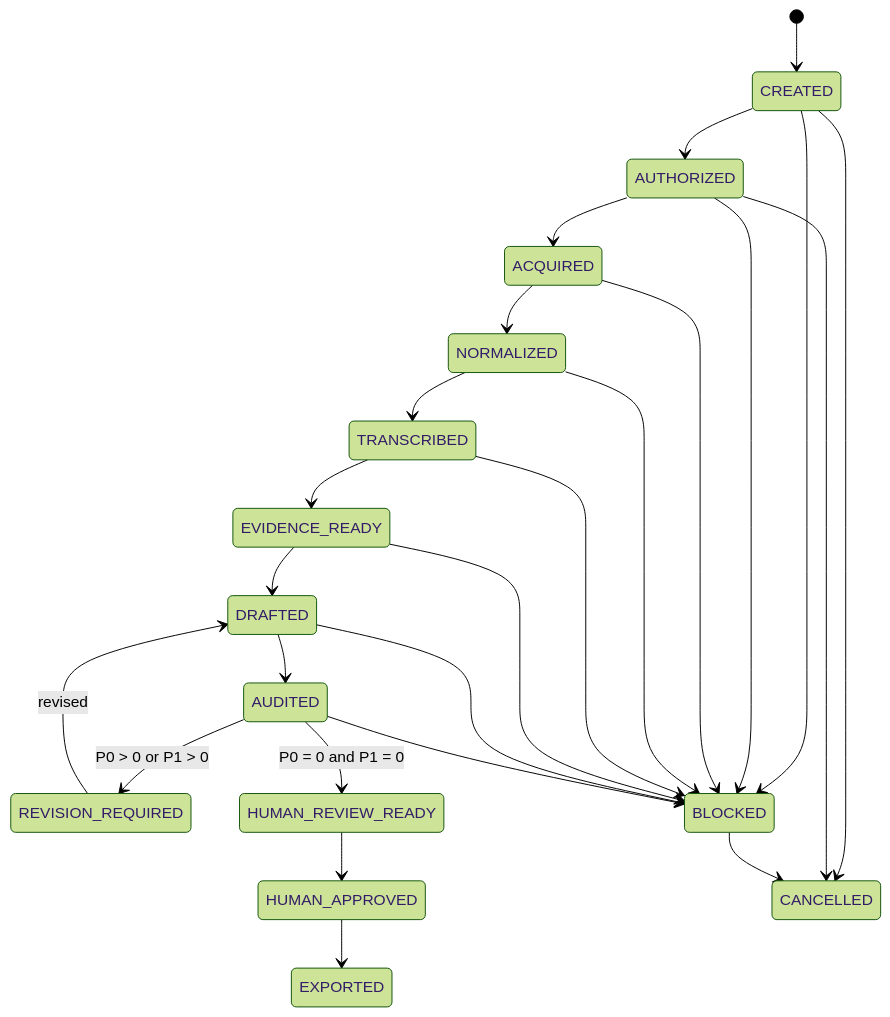
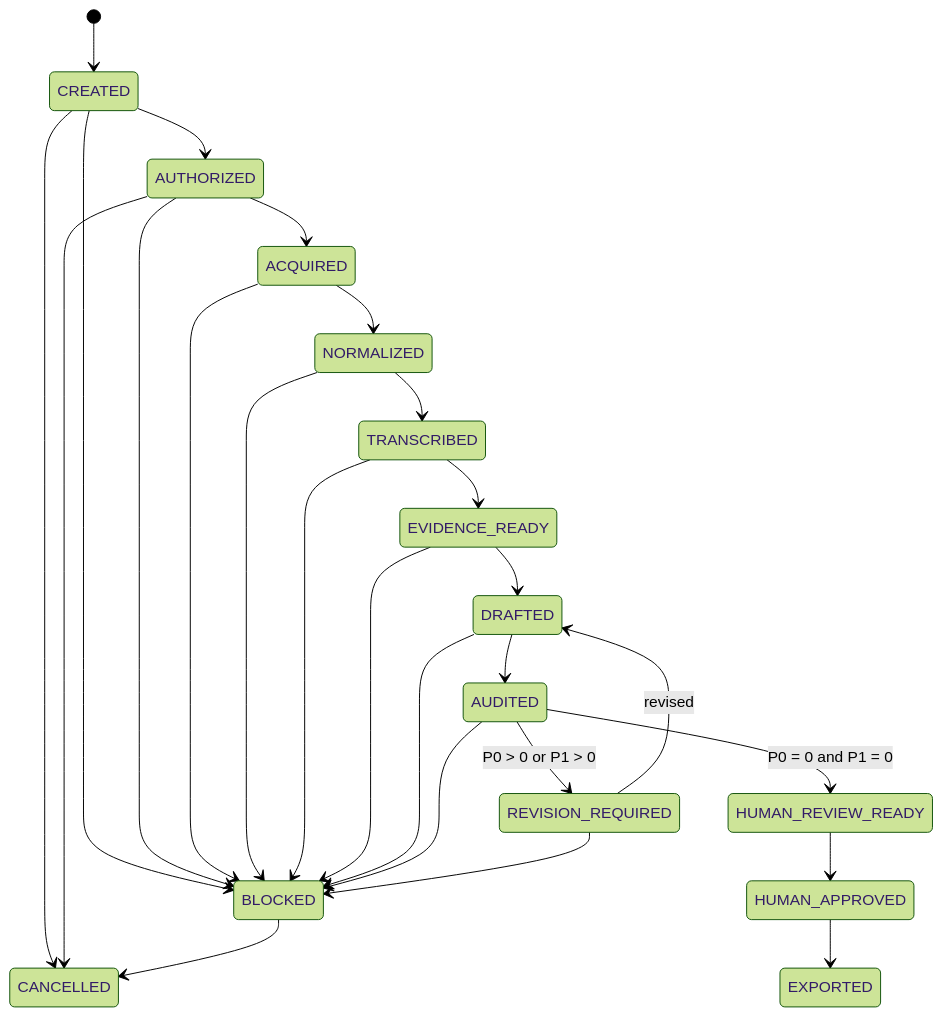
The diagram in docs/architecture/state-machine.md (Xpotato1024/video-evidence-pipeline), drawn with Mermaid (forest theme) before and after one commit. The commit also changed other lines of this file and 42 other files, not shown here.

````diff
--- a/docs/architecture/state-machine.md
+++ b/docs/architecture/state-machine.md
@@ -52,29 +52,30 @@
 ```mermaid
 stateDiagram-v2
     [*] --> CREATED
     CREATED --> AUTHORIZED
     AUTHORIZED --> ACQUIRED
     ACQUIRED --> NORMALIZED
     NORMALIZED --> TRANSCRIBED
     TRANSCRIBED --> EVIDENCE_READY
     EVIDENCE_READY --> DRAFTED
     DRAFTED --> AUDITED
     AUDITED --> REVISION_REQUIRED: P0 > 0 or P1 > 0
     REVISION_REQUIRED --> DRAFTED: revised
     AUDITED --> HUMAN_REVIEW_READY: P0 = 0 and P1 = 0
     HUMAN_REVIEW_READY --> HUMAN_APPROVED
     HUMAN_APPROVED --> EXPORTED
 
     CREATED --> BLOCKED
     AUTHORIZED --> BLOCKED
     ACQUIRED --> BLOCKED
     NORMALIZED --> BLOCKED
     TRANSCRIBED --> BLOCKED
     EVIDENCE_READY --> BLOCKED
     DRAFTED --> BLOCKED
     AUDITED --> BLOCKED
+    REVISION_REQUIRED --> BLOCKED
 
     CREATED --> CANCELLED
     AUTHORIZED --> CANCELLED
     BLOCKED --> CANCELLED
 ```
````
